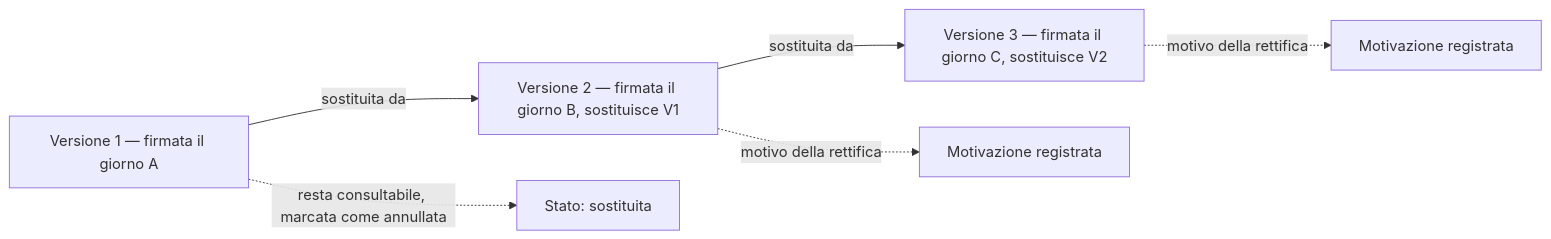
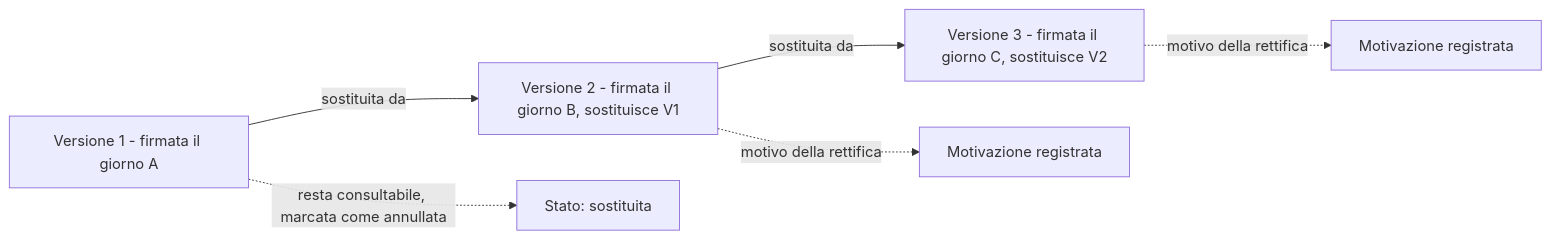
The second of 3 diagrams in docs/05_domain/04-documenti-clinici.md (fedcal/Telemedic), drawn with Mermaid before and after one commit. The commit also changed other lines of this file and 301 other files, not shown here.

````diff
--- a/docs/05_domain/04-documenti-clinici.md
+++ b/docs/05_domain/04-documenti-clinici.md
@@ -192,12 +192,12 @@
 ```mermaid
 flowchart LR
-    V1["Versione 1 — firmata il giorno A"]
-    V2["Versione 2 — firmata il giorno B, sostituisce V1"]
-    V3["Versione 3 — firmata il giorno C, sostituisce V2"]
+    V1["Versione 1 - firmata il giorno A"]
+    V2["Versione 2 - firmata il giorno B, sostituisce V1"]
+    V3["Versione 3 - firmata il giorno C, sostituisce V2"]
 
     V1 -->|"sostituita da"| V2
     V2 -->|"sostituita da"| V3
     V2 -.->|"motivo della rettifica"| M2["Motivazione registrata"]
     V3 -.->|"motivo della rettifica"| M3["Motivazione registrata"]
     V1 -.->|"resta consultabile, marcata come annullata"| A1["Stato: sostituita"]
 ```
````
